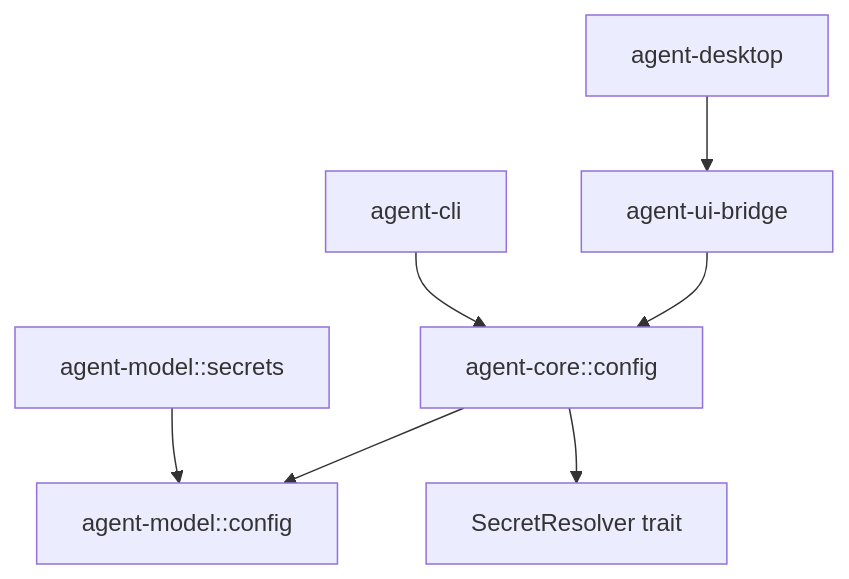
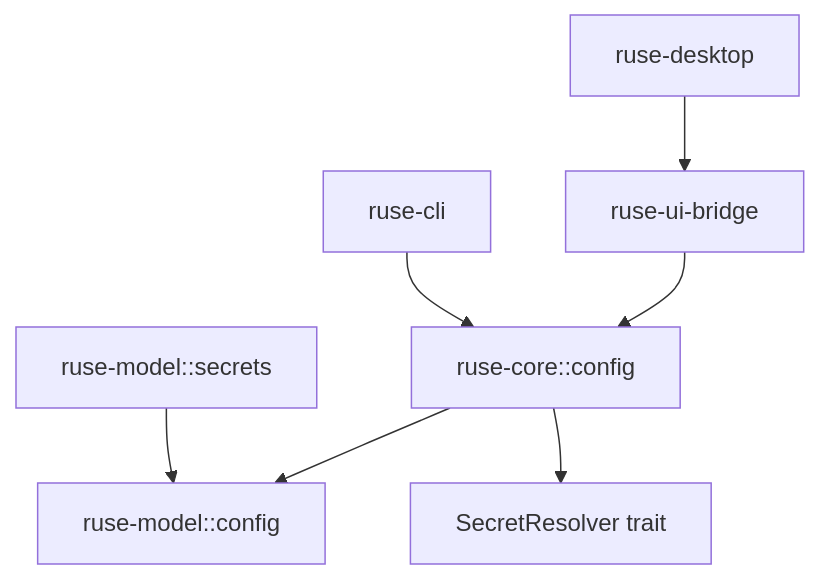
One commit to poneding/agent changed the diagram in docs/specs/M14-00-runtime-configuration-secrets-technical-design.spec.md. Above: the diagram before and after it, drawn with Mermaid. The commit also changed other lines of this file and 2091 other files, not shown here.

First line of the commit message:
refactor: rename agent branding to ruse

````diff
--- a/docs/specs/M14-00-runtime-configuration-secrets-technical-design.spec.md
+++ b/docs/specs/M14-00-runtime-configuration-secrets-technical-design.spec.md
@@ -35,9 +35,9 @@
 ```mermaid
 flowchart TD
-  model["agent-model::secrets"] --> model_config["agent-model::config"]
-  core_config["agent-core::config"] --> model_config
+  model["ruse-model::secrets"] --> model_config["ruse-model::config"]
+  core_config["ruse-core::config"] --> model_config
   core_config --> secrets["SecretResolver trait"]
-  cli["agent-cli"] --> core_config
-  bridge["agent-ui-bridge"] --> core_config
-  desktop["agent-desktop"] --> bridge
+  cli["ruse-cli"] --> core_config
+  bridge["ruse-ui-bridge"] --> core_config
+  desktop["ruse-desktop"] --> bridge
 ```
````
